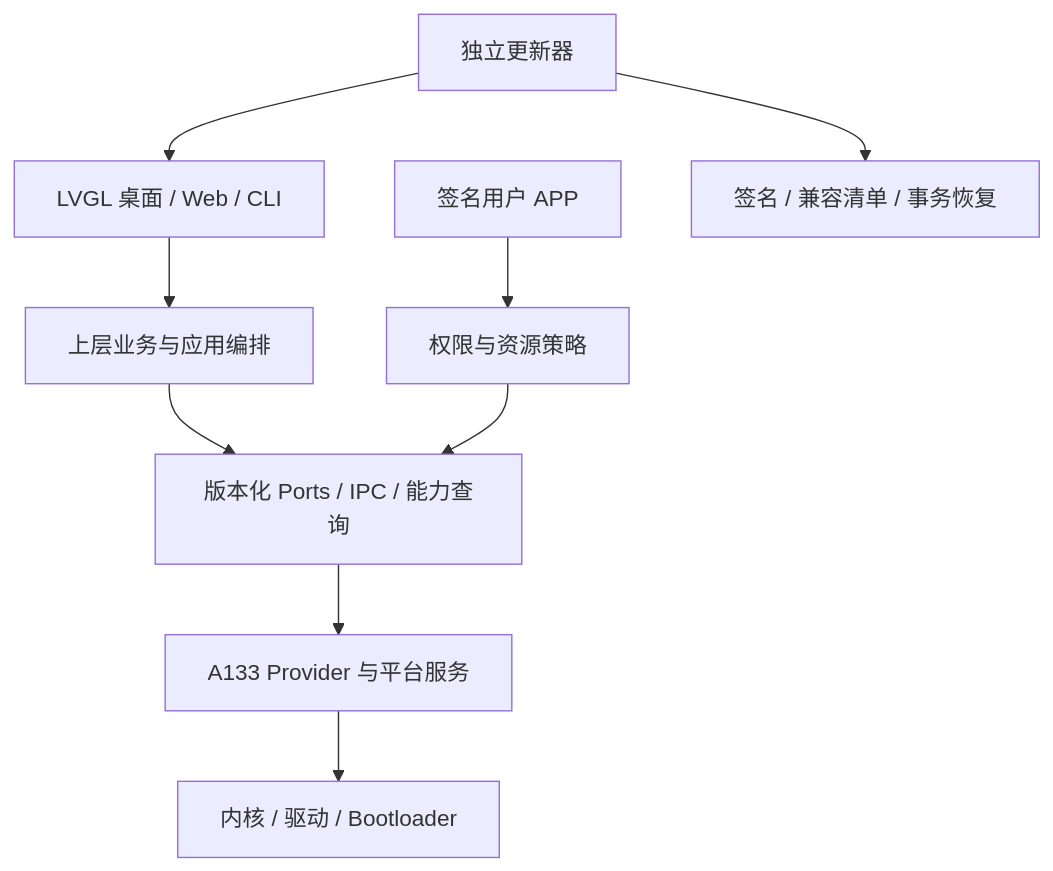
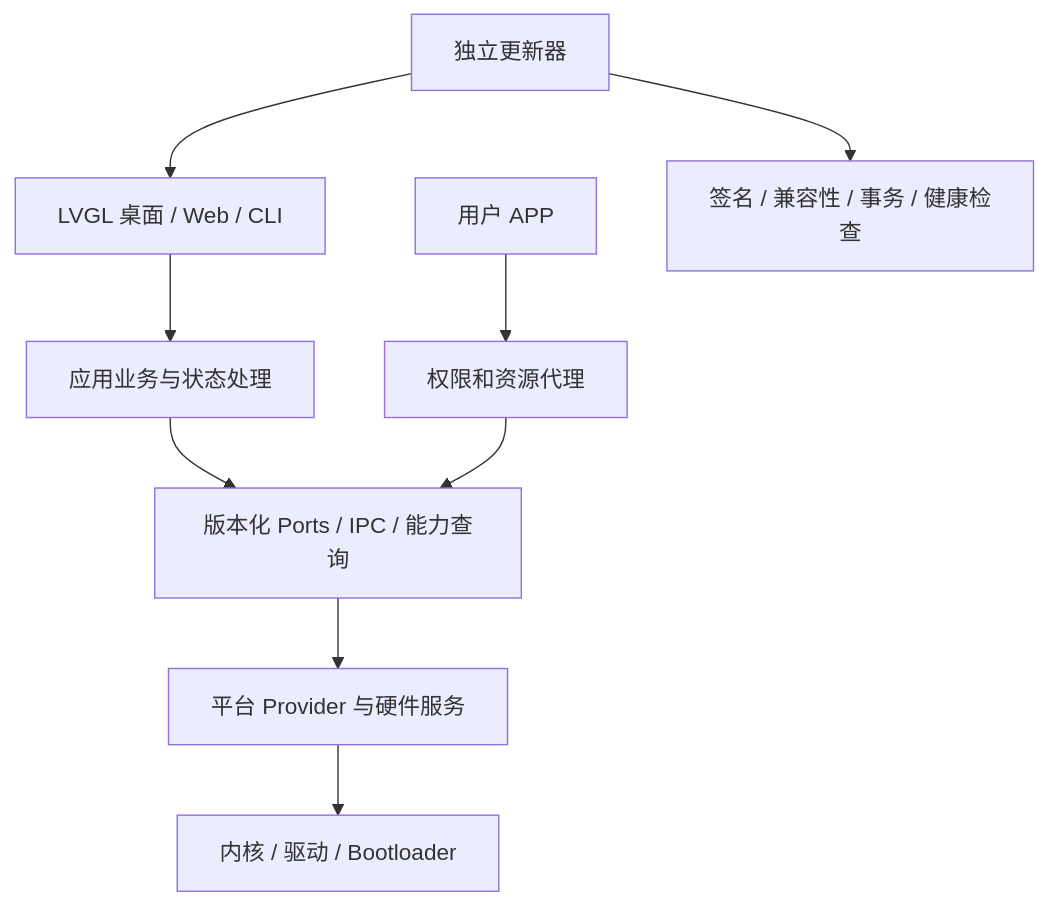
The diagram in docs/tutorial/architecture.md (dshanpi/SmartDesktopMimi), drawn with Mermaid before and after one commit. The commit also changed other lines of this file and 34 other files, not shown here.

````diff
--- a/docs/tutorial/architecture.md
+++ b/docs/tutorial/architecture.md
@@ -5,11 +7,11 @@
 ```mermaid
 flowchart TD
-  Entry[LVGL 桌面 / Web / CLI] --> UseCase[上层业务与应用编排]
-  UseCase --> Ports[版本化 Ports / IPC / 能力查询]
-  Ports --> Provider[A133 Provider 与平台服务]
-  Provider --> Linux[内核 / 驱动 / Bootloader]
-  Apps[签名用户 APP] --> Policy[权限与资源策略]
-  Policy --> Ports
-  Update[独立更新器] --> Entry
-  Update --> Trust[签名 / 兼容清单 / 事务恢复]
+  UI[LVGL 桌面 / Web / CLI] --> Business[应用业务与状态处理]
+  Business --> Contract[版本化 Ports / IPC / 能力查询]
+  Contract --> Provider[平台 Provider 与硬件服务]
+  Provider --> OS[内核 / 驱动 / Bootloader]
+  APP[用户 APP] --> Policy[权限和资源代理]
+  Policy --> Contract
+  Updater[独立更新器] --> UI
+  Updater --> Gate[签名 / 兼容性 / 事务 / 健康检查]
 ```
````
